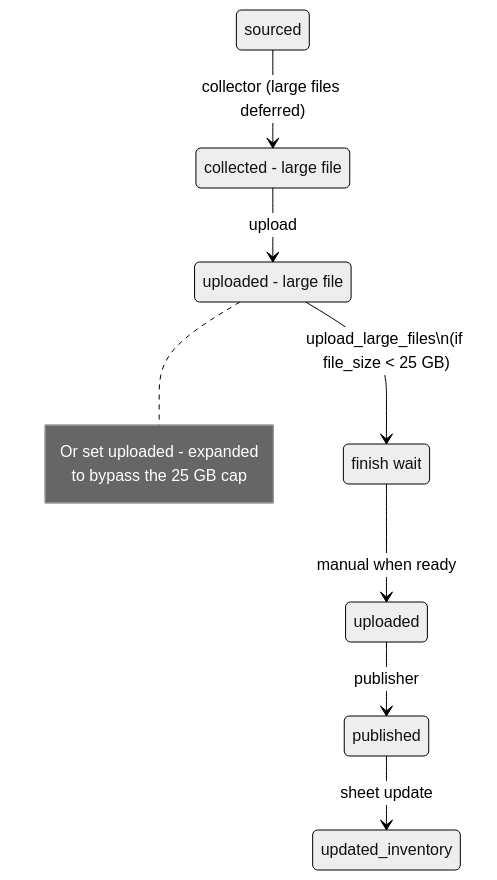
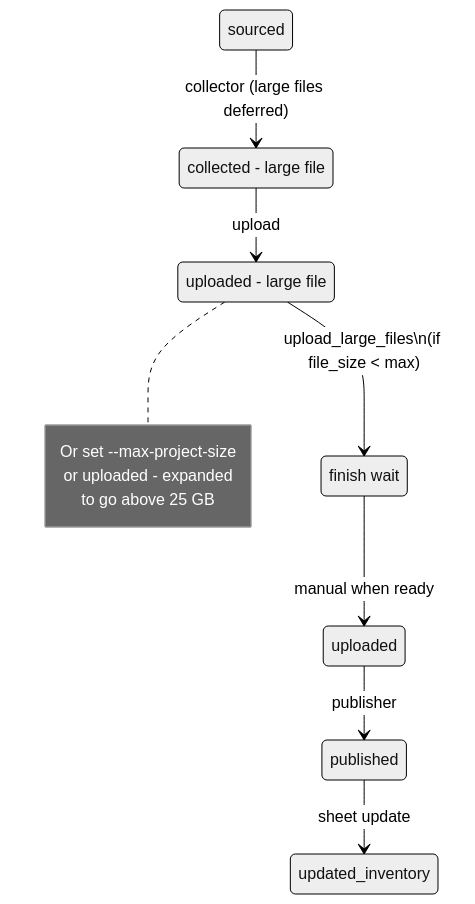
The third of 6 diagrams in docs/Status.md (mkraley/DRPPipeline), drawn with Mermaid (neutral theme) before and after one commit. The commit also changed other lines of this file and 19 other files, not shown here.

First line of the commit message:
Update upload_large_files module and enhance NPS file handling

````diff
--- a/docs/Status.md
+++ b/docs/Status.md
@@ -131,17 +131,18 @@
 ```mermaid
 stateDiagram-v2
   sourced --> collected_lf: collector (large files deferred)
   collected_lf: collected - large file
   collected_lf --> uploaded_lf: upload
   uploaded_lf: uploaded - large file
-  uploaded_lf --> finish_wait: upload_large_files\n(if file_size < 25 GB)
+  uploaded_lf --> finish_wait: upload_large_files\n(if file_size < max)
   finish_wait: finish wait
   finish_wait --> uploaded: manual when ready
   uploaded --> published: publisher
   published --> updated_inventory: sheet update
 
   note right of uploaded_lf
-    Or set uploaded - expanded
-    to bypass the 25 GB cap
+    Or set --max-project-size
+    or uploaded - expanded
+    to go above 25 GB
   end note
 ```
````
